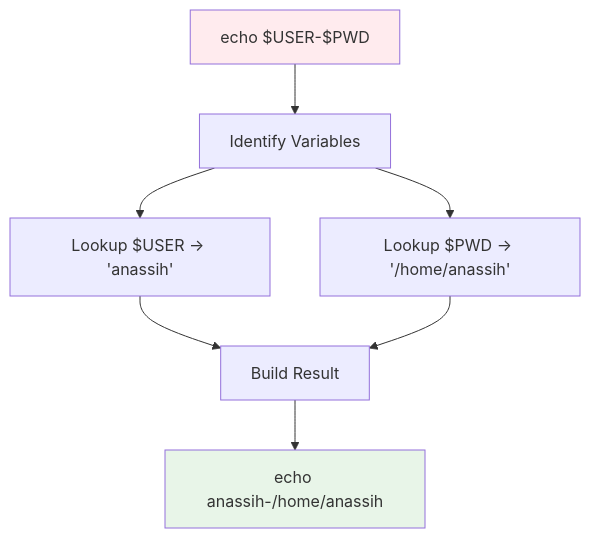
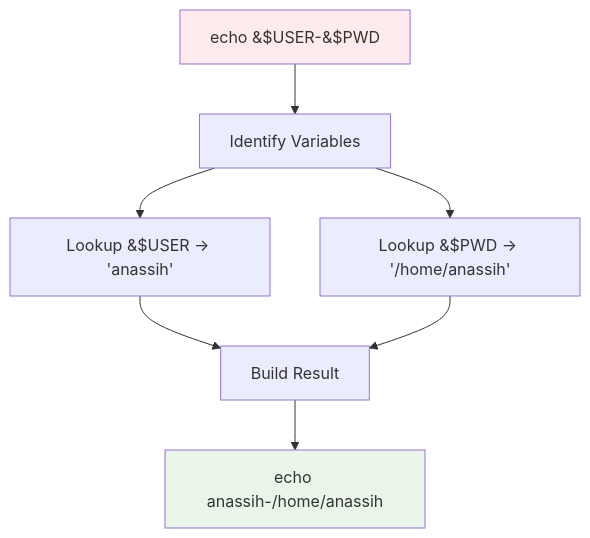
Before and after one commit to liyassin/final_minishell: the fifth of 9 diagrams in README.md, drawn with Mermaid. The commit also changed other lines of this file, not shown here.

Commit message:
Readme Mermaid update

````diff
--- a/README.md
+++ b/README.md
@@ -385,12 +386,12 @@
 ```mermaid
 graph TD
-    A["echo $USER-$PWD"] --> B[Identify Variables]
-    B --> C[Lookup $USER → 'anassih']
-    B --> D[Lookup $PWD → '/home/anassih']
+    A["echo &#36;USER-&#36;PWD"] --> B[Identify Variables]
+    B --> C["Lookup &#36;USER → 'anassih'"]
+    B --> D["Lookup &#36;PWD → '/home/anassih'"]
     C --> E[Build Result]
     D --> E
     E --> F["echo anassih-/home/anassih"]
     
     style A fill:#ffebee
     style F fill:#e8f5e8
 ```
````
